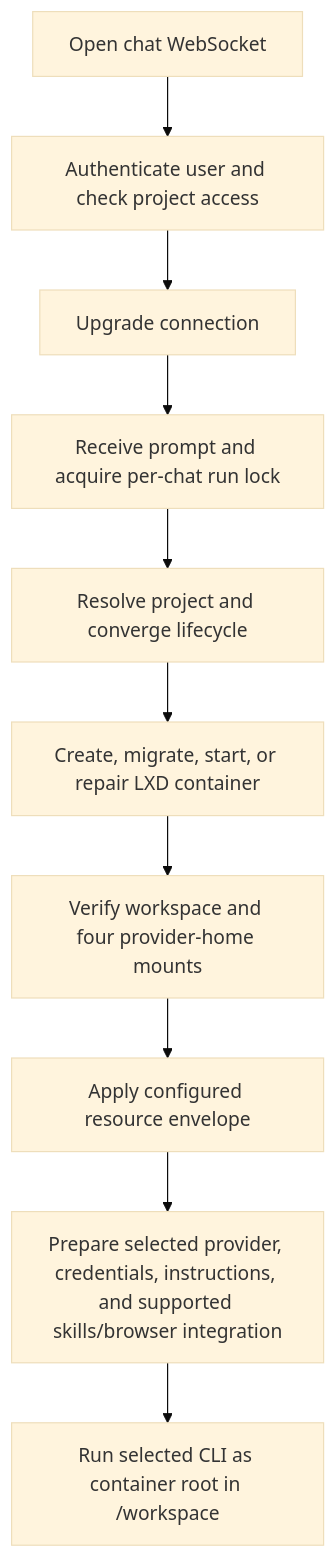
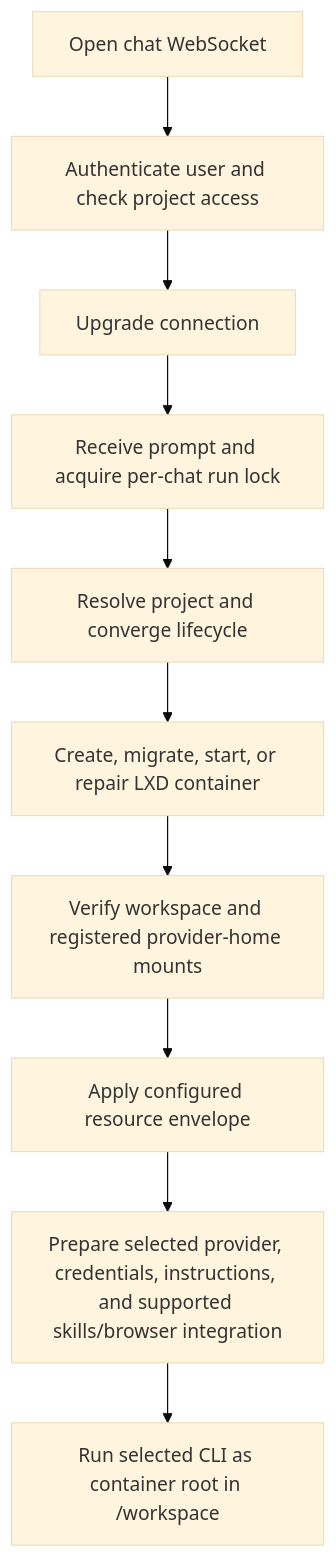
The fifth of 8 diagrams in docs/01-overview/00-philosophy.md (AbdallahMohamedDotnet/remote.futrx), drawn with Mermaid (base theme) before and after one commit. The commit also changed other lines of this file and 26 other files, not shown here.

````diff
--- a/docs/01-overview/00-philosophy.md
+++ b/docs/01-overview/00-philosophy.md
@@ -278,12 +279,12 @@
 ```mermaid
 flowchart TD
     Socket["Open chat WebSocket"] --> Access["Authenticate user and check project access"]
     Access --> Upgrade["Upgrade connection"]
     Upgrade --> Prompt["Receive prompt and acquire per-chat run lock"]
     Prompt --> Project["Resolve project and converge lifecycle"]
     Project --> LXD["Create, migrate, start, or repair LXD container"]
-    LXD --> Mounts["Verify workspace and four provider-home mounts"]
+    LXD --> Mounts["Verify workspace and registered provider-home mounts"]
     Mounts --> Limits["Apply configured resource envelope"]
     Limits --> Prep["Prepare selected provider, credentials, instructions, and supported skills/browser integration"]
     Prep --> Exec["Run selected CLI as container root in /workspace"]
 ```
````
